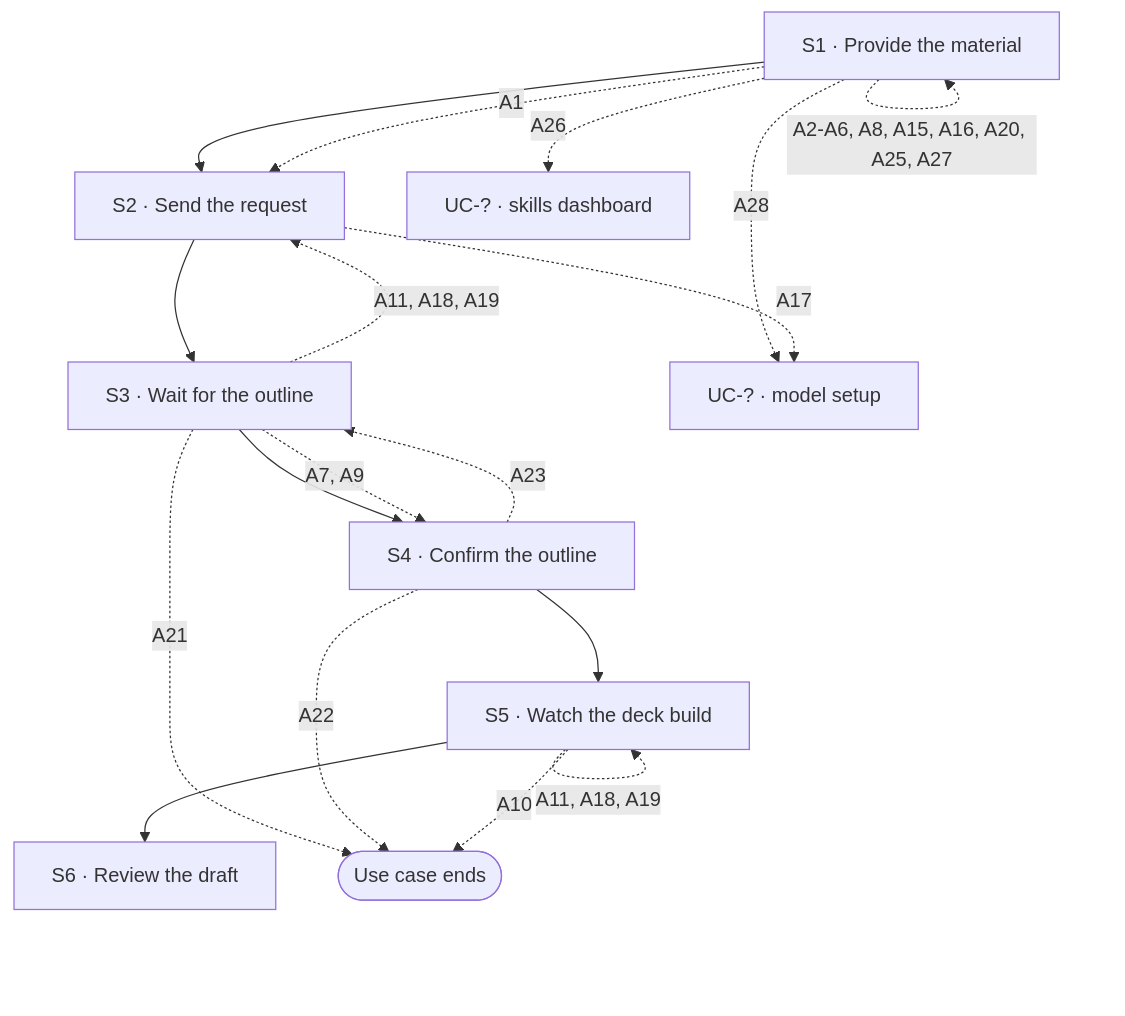
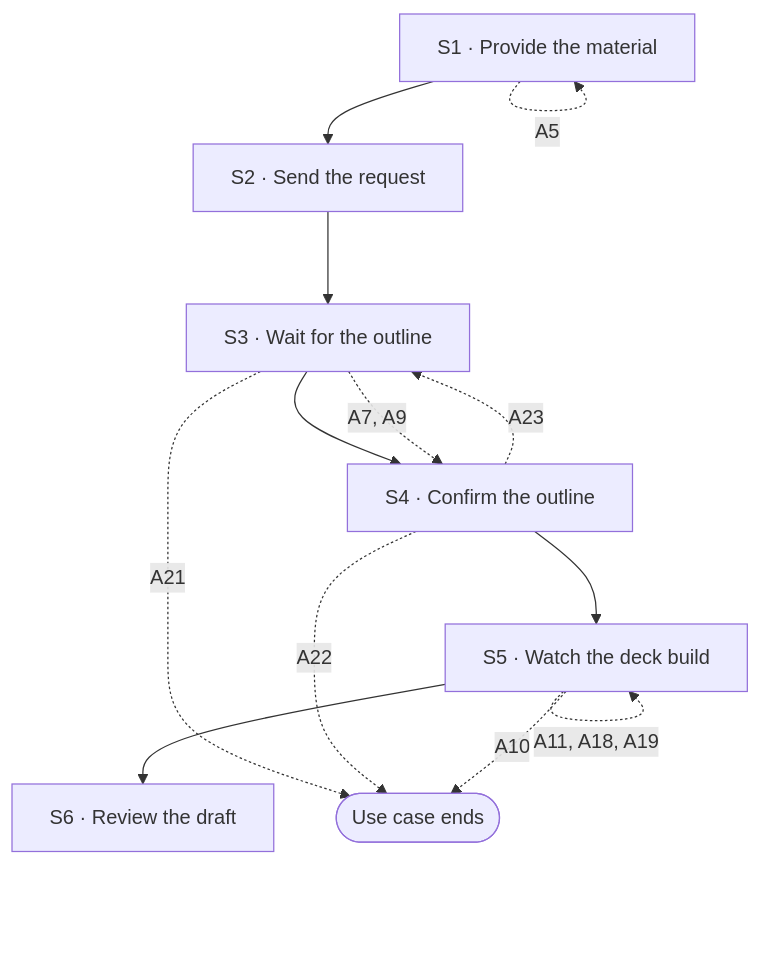
Before and after one commit to Luke23127006/DeckAgent: the diagram in docs/spec/02-use-cases/UC-001.md, drawn with Mermaid. The commit also changed other lines of this file and 6 other files, not shown here.

First line of the commit message:
docs(spec): add UC-002 follow-up edits and UC-003 shared request flows

````diff
--- a/docs/spec/02-use-cases/UC-001.md
+++ b/docs/spec/02-use-cases/UC-001.md
@@ -18,25 +18,18 @@
 ```mermaid
 flowchart TD
   S1["S1 · Provide the material"]
   S2["S2 · Send the request"]
   S3["S3 · Wait for the outline"]
   S4["S4 · Confirm the outline"]
   S5["S5 · Watch the deck build"]
   S6["S6 · Review the draft"]
   DONE(["Use case ends"])
-  UCQ1["UC-? · skills dashboard"]
-  UCQ2["UC-? · model setup"]
   S1 --> S2 --> S3 --> S4 --> S5 --> S6
-  S1 -.->|"A1"| S2
-  S1 -.->|"A2-A6, A8, A15, A16, A20, A25, A27"| S1
-  S1 -.->|"A26"| UCQ1
-  S1 -.->|"A28"| UCQ2
-  S2 -.->|"A17"| UCQ2
+  S1 -.->|"A5"| S1
   S3 -.->|"A7, A9"| S4
-  S3 -.->|"A11, A18, A19"| S2
   S3 -.->|"A21"| DONE
   S4 -.->|"A22"| DONE
   S4 -.->|"A23"| S3
   S5 -.->|"A10"| DONE
   S5 -.->|"A11, A18, A19"| S5
 ```
````
